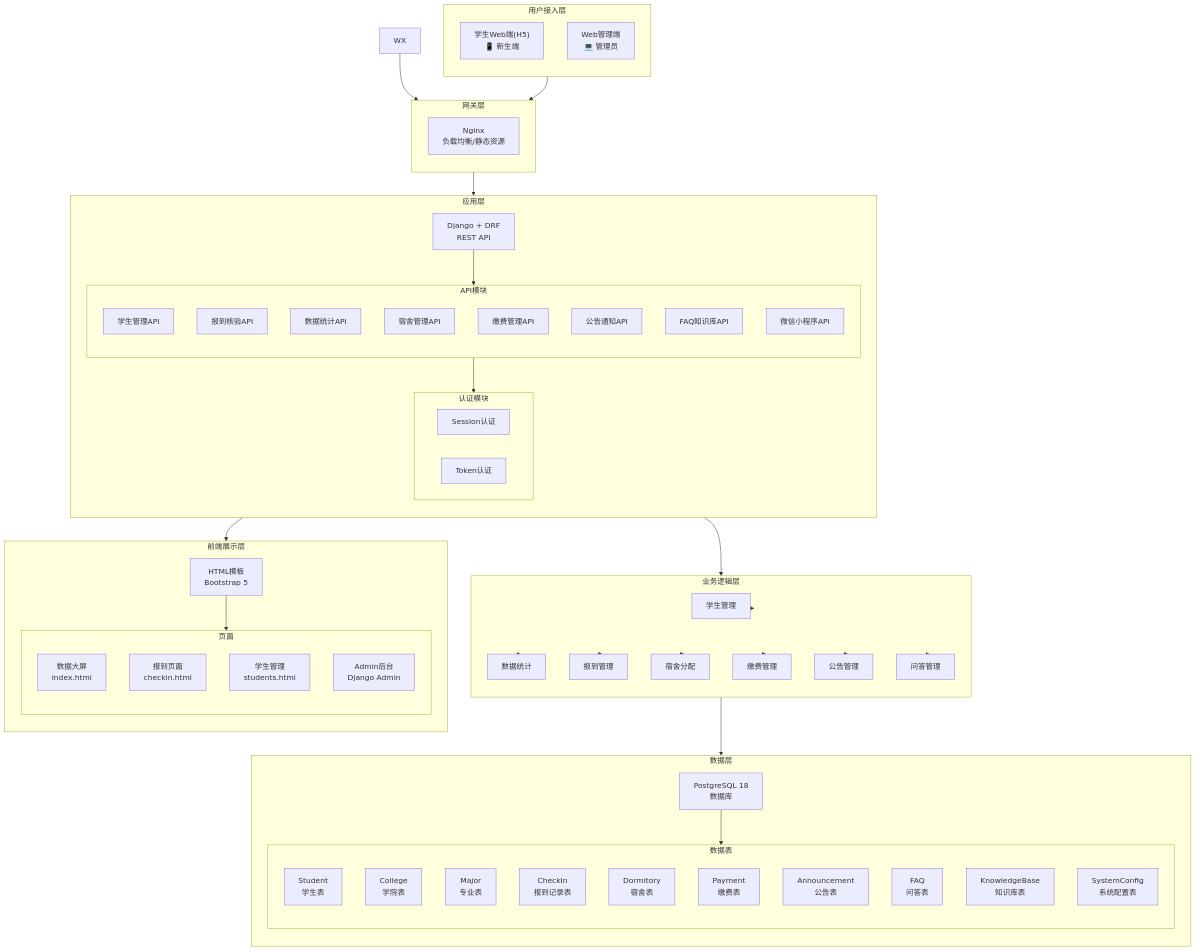
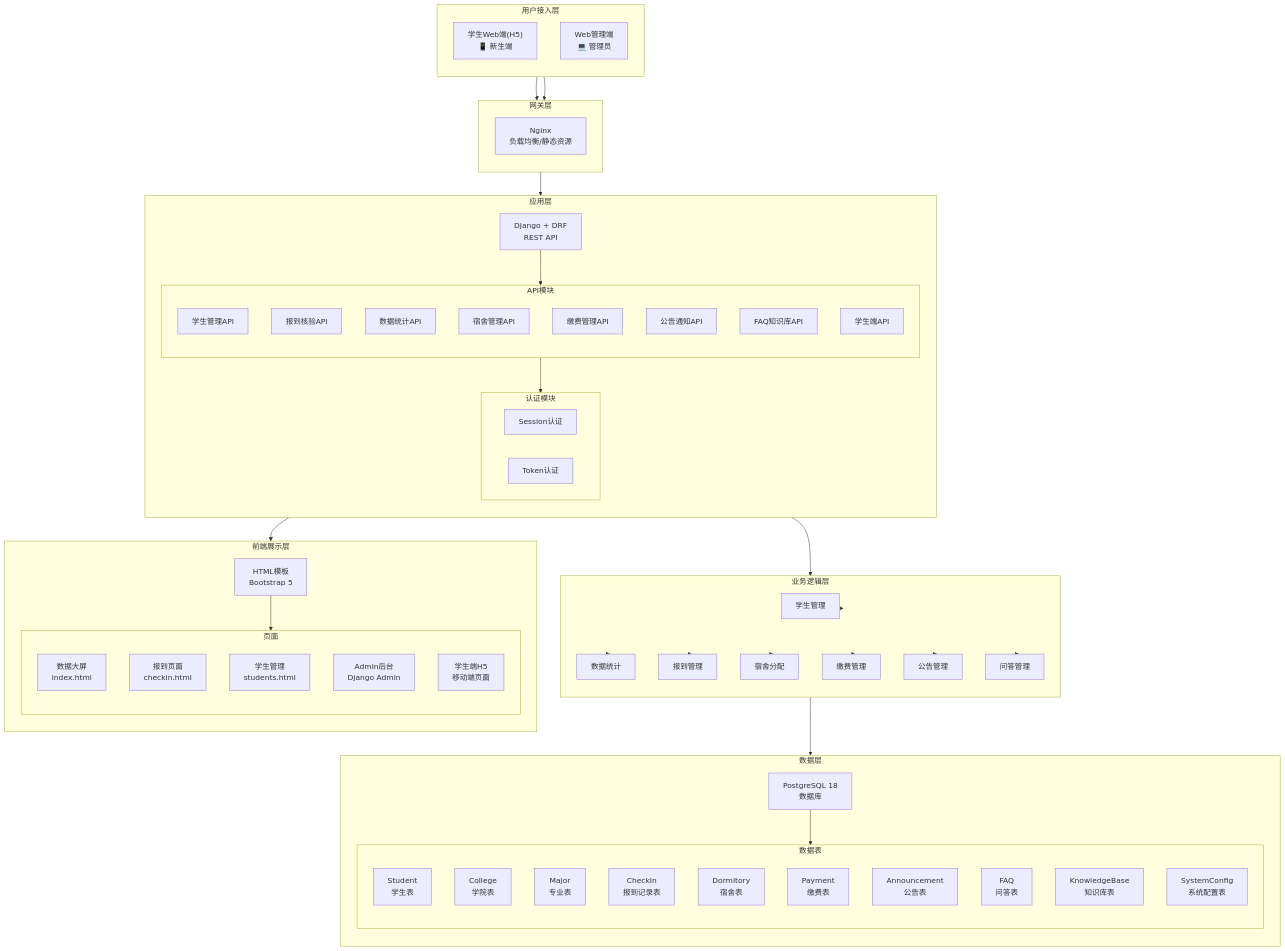
The first of 8 diagrams in MVP技术框架图.md (zzhe3076/zzhe), drawn with Mermaid before and after one commit. The commit also changed other lines of this file and 11 other files, not shown here.

```diff
--- a/MVP技术框架图.md
+++ b/MVP技术框架图.md
@@ -28,7 +28,7 @@
             PAY_API["缴费管理API"]
             ANN_API["公告通知API"]
             FAQ_API["FAQ知识库API"]
-            WX_API["微信小程序API"]
+            STUDENT_API["学生端API"]
         end
         
         subgraph Auth["认证模块"]
@@ -77,10 +77,11 @@
             P2["报到页面<br/>checkin.html"]
             P3["学生管理<br/>students.html"]
             P4["Admin后台<br/>Django Admin"]
+            P5["学生端H5<br/>移动端页面"]
         end
     end
 
-    WX --> NGINX
+    H5 --> NGINX
     WEB --> NGINX
     NGINX --> DJANGO
     
```
